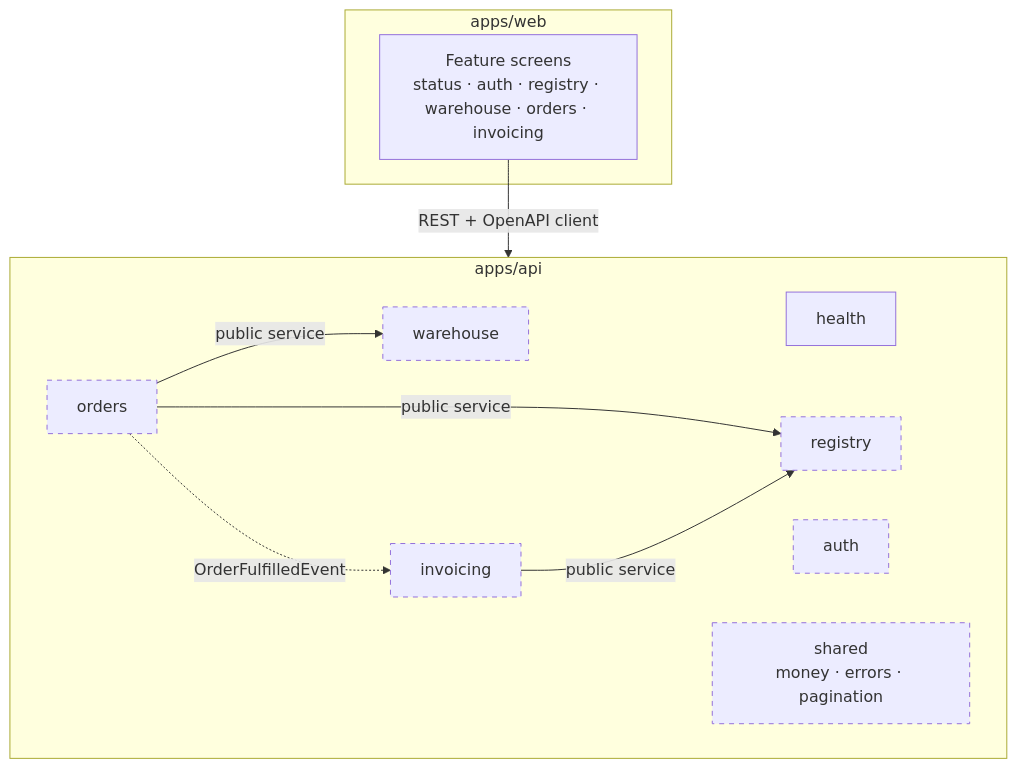
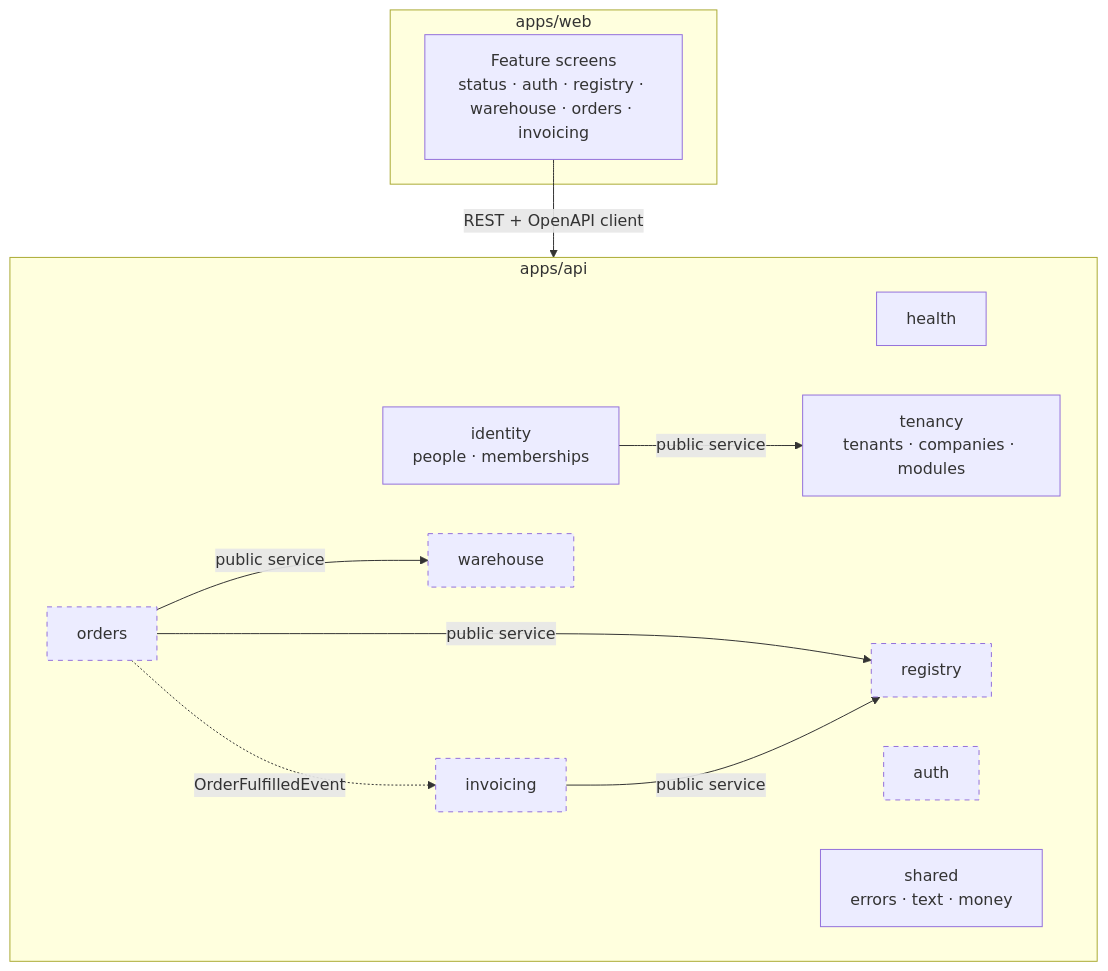
Before and after one commit to MicheleG14/mercurio: the fifth of 5 diagrams in docs/architecture.md, drawn with Mermaid. The commit also changed other lines of this file and 11 other files, not shown here.

First line of the commit message:
docs: document tenancy, identity and data isolation

````diff
--- a/docs/architecture.md
+++ b/docs/architecture.md
@@ -76,25 +144,28 @@
 ```mermaid
 flowchart TB
     subgraph web[apps/web]
         ui[Feature screens<br/>status · auth · registry · warehouse · orders · invoicing]
     end
 
     subgraph api[apps/api]
         health[health]
+        tenancy[tenancy<br/>tenants · companies · modules]
+        identity[identity<br/>people · memberships]
         auth[auth]
         registry[registry]
         warehouse[warehouse]
         orders[orders]
         invoicing[invoicing]
-        shared[shared<br/>money · errors · pagination]
+        shared[shared<br/>errors · text · money]
     end
 
     ui -- REST + OpenAPI client --> api
+    identity -- public service --> tenancy
     orders -- public service --> registry
     orders -- public service --> warehouse
     orders -. OrderFulfilledEvent .-> invoicing
     invoicing -- public service --> registry
 
     classDef planned stroke-dasharray: 5 5
-    class auth,registry,warehouse,orders,invoicing,shared planned
+    class auth,registry,warehouse,orders,invoicing planned
 ```
````
